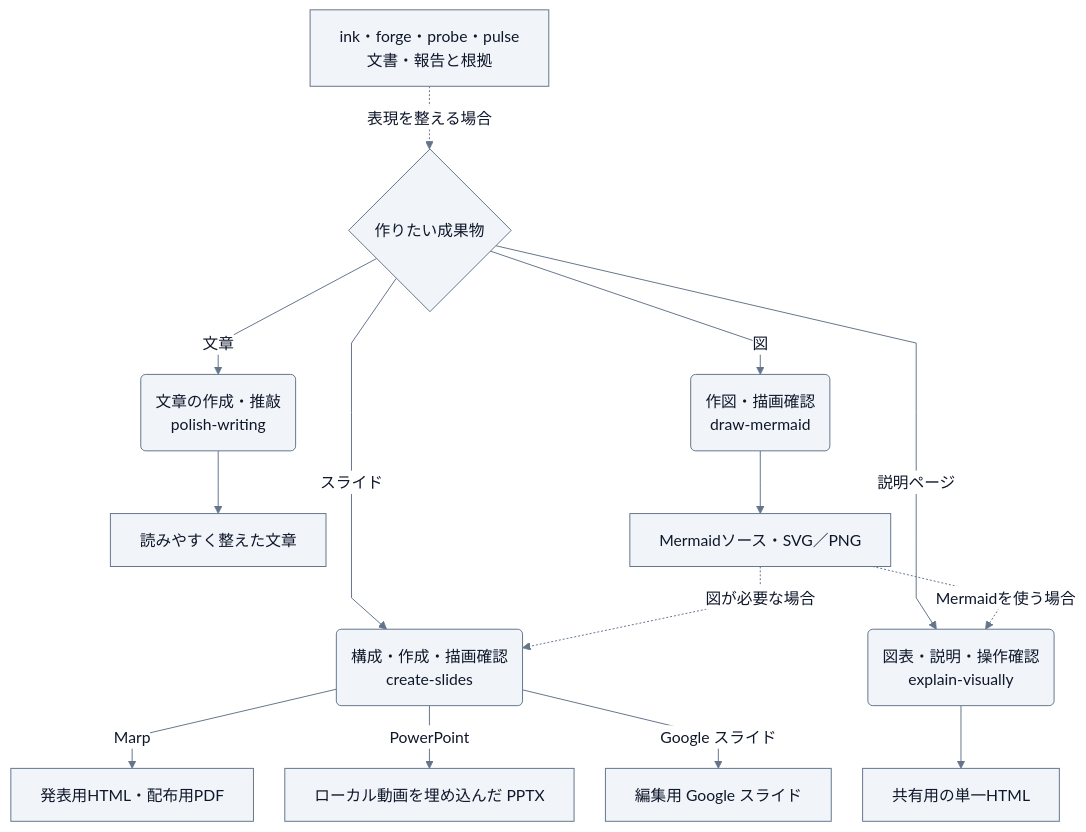
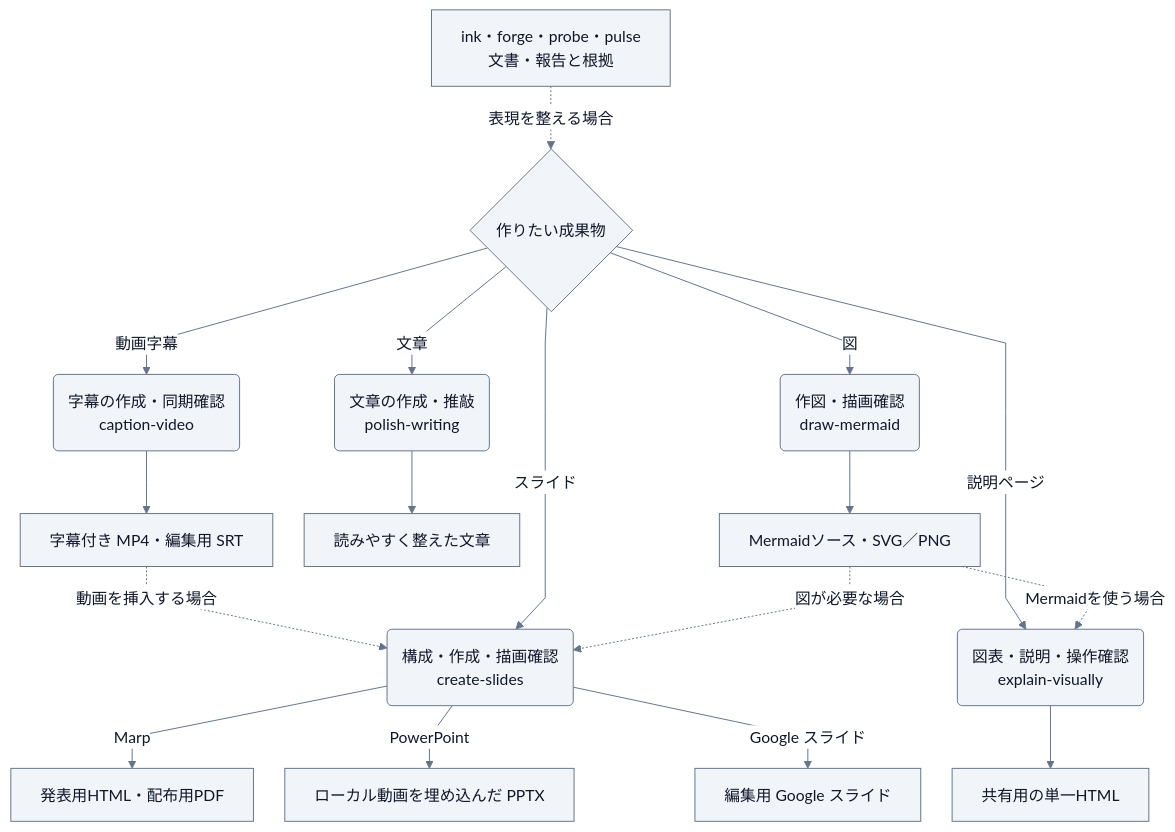
One commit to Wataru-Toriumi/agent-skills changed the diagram in plugins/sketch/README.md. Above: the diagram before and after it, drawn with Mermaid. The commit also changed other lines of this file and 6 other files, not shown here.

````diff
--- a/plugins/sketch/README.md
+++ b/plugins/sketch/README.md
@@ -19,37 +20,40 @@
 ```mermaid
 ---
 config:
   theme: base
   look: classic
   fontFamily: sans-serif
   themeVariables:
     primaryColor: "#F1F5F9"
     primaryTextColor: "#0F172A"
     primaryBorderColor: "#64748B"
     lineColor: "#64748B"
     tertiaryColor: "#F8FAFC"
     clusterBkg: "#F8FAFC"
     clusterBorder: "#CBD5E1"
     edgeLabelBackground: "#FFFFFF"
   flowchart:
     wrappingWidth: 300
     curve: linear
     nodeSpacing: 32
     rankSpacing: 40
 ---
 flowchart TD
     source["ink・forge・probe・pulse<br/>文書・報告と根拠"] -. 表現を整える場合 .-> purpose
     purpose{"作りたい成果物"}
     purpose -->|文章| writing("文章の作成・推敲<br/>polish-writing")
     purpose -->|図| diagram("作図・描画確認<br/>draw-mermaid")
+    purpose -->|動画字幕| captions("字幕の作成・同期確認<br/>caption-video")
+    captions --> media["字幕付き MP4・編集用 SRT"]
+    media -. 動画を挿入する場合 .-> slides
     purpose -->|スライド| slides("構成・作成・描画確認<br/>create-slides")
     purpose -->|説明ページ| explain("図表・説明・操作確認<br/>explain-visually")
     writing --> prose["読みやすく整えた文章"]
     diagram --> rendered["Mermaidソース・SVG／PNG"]
     rendered -. 図が必要な場合 .-> slides
     rendered -. Mermaidを使う場合 .-> explain
     slides -->|Marp| output["発表用HTML・配布用PDF"]
     slides -->|PowerPoint| pptx["ローカル動画を埋め込んだ PPTX"]
     slides -->|Google スライド| deck["編集用 Google スライド"]
     explain --> page["共有用の単一HTML"]
 ```
````
